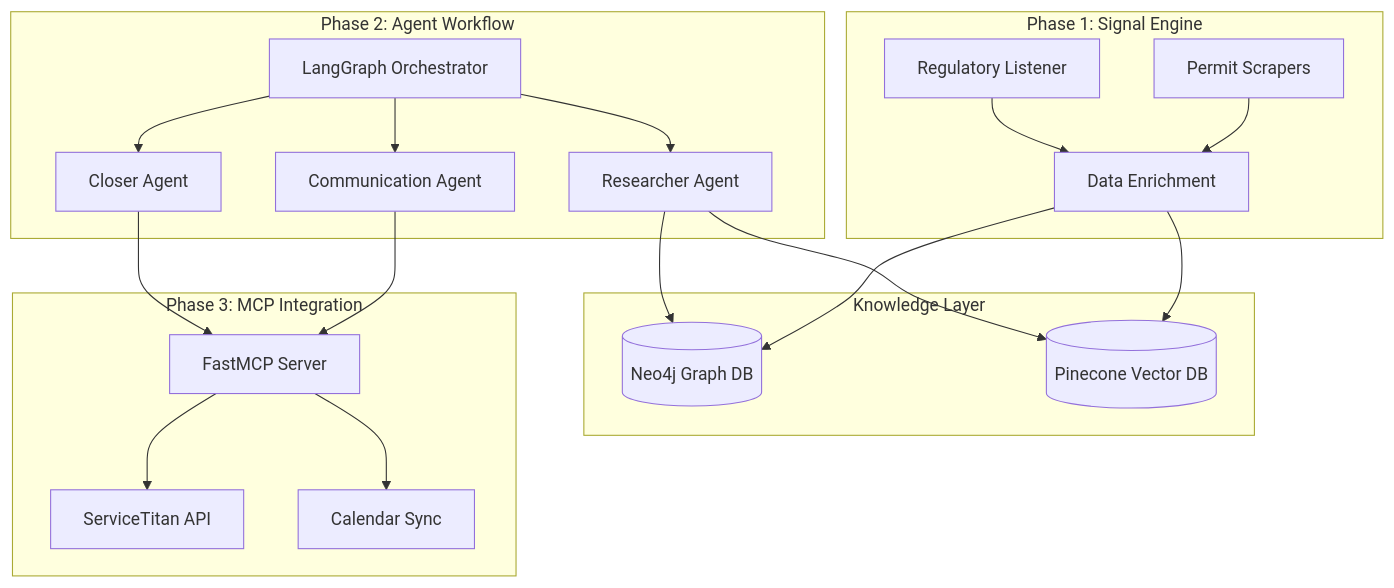
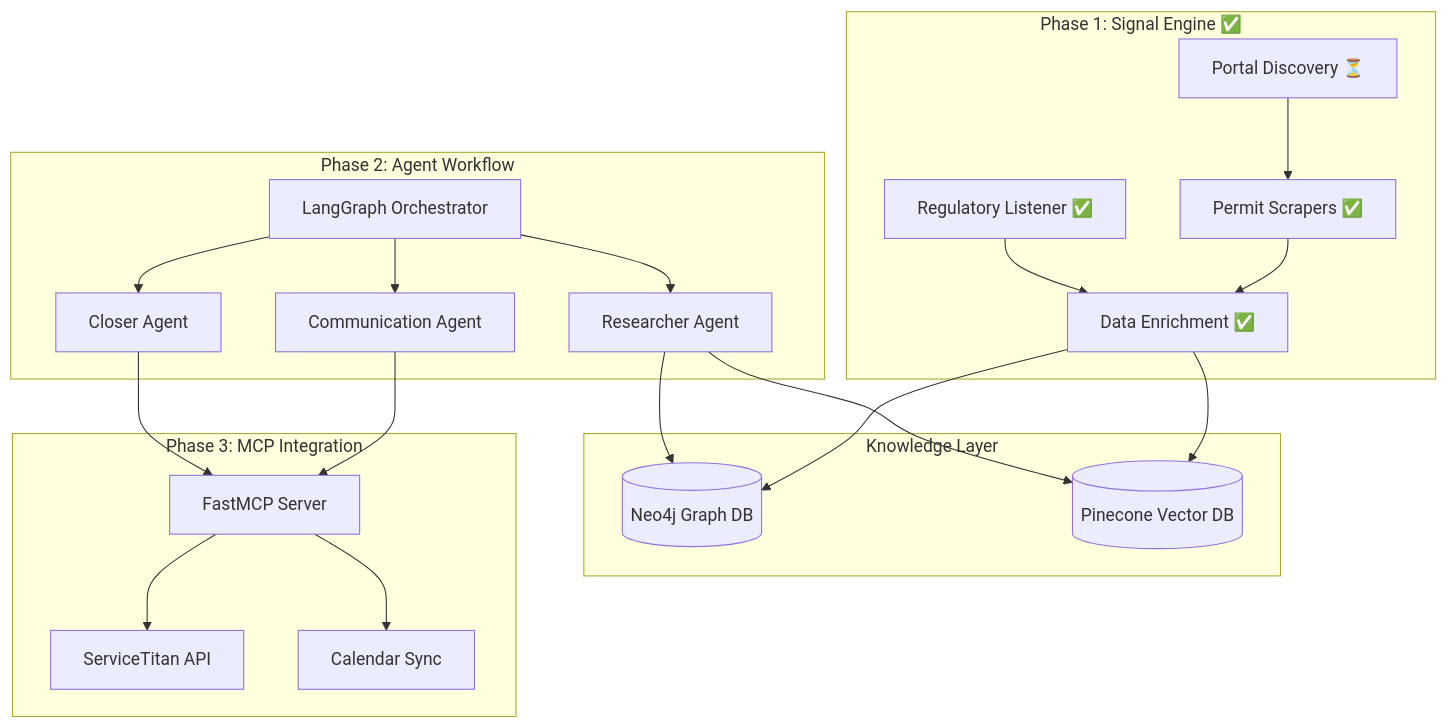
The first of 3 diagrams in docs/plan/aoro_mvp_master_plan.md (mayowa2133/AI_Agent_Leads_Revenue), drawn with Mermaid before and after one commit. The commit also changed other lines of this file and 191 other files, not shown here.

````diff
--- a/docs/plan/aoro_mvp_master_plan.md
+++ b/docs/plan/aoro_mvp_master_plan.md
@@ -65,40 +93,42 @@
 ```mermaid
 flowchart TB
-    subgraph SignalEngine [Phase 1: Signal Engine]
-        PS[Permit Scrapers]
-        RL[Regulatory Listener]
-        DE[Data Enrichment]
+    subgraph SignalEngine [Phase 1: Signal Engine ✅]
+        PS[Permit Scrapers ✅]
+        RL[Regulatory Listener ✅]
+        DE[Data Enrichment ✅]
+        PD[Portal Discovery ⏳]
         PS --> DE
         RL --> DE
+        PD --> PS
     end
 
     subgraph KnowledgeLayer [Knowledge Layer]
         Neo4j[(Neo4j Graph DB)]
         Pinecone[(Pinecone Vector DB)]
     end
 
     subgraph AgentWorkflow [Phase 2: Agent Workflow]
         Orchestrator[LangGraph Orchestrator]
         ResearchAgent[Researcher Agent]
         CommAgent[Communication Agent]
         CloserAgent[Closer Agent]
         Orchestrator --> ResearchAgent
         Orchestrator --> CommAgent
         Orchestrator --> CloserAgent
     end
 
     subgraph IntegrationLayer [Phase 3: MCP Integration]
         MCPServer[FastMCP Server]
         ServiceTitan[ServiceTitan API]
         Calendar[Calendar Sync]
         MCPServer --> ServiceTitan
         MCPServer --> Calendar
     end
 
     DE --> Neo4j
     DE --> Pinecone
     ResearchAgent --> Neo4j
     ResearchAgent --> Pinecone
     CommAgent --> MCPServer
     CloserAgent --> MCPServer
 ```
````
